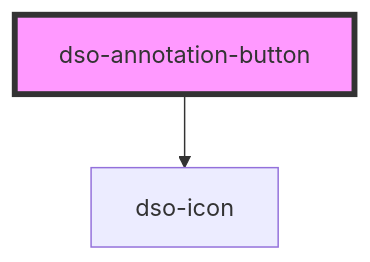
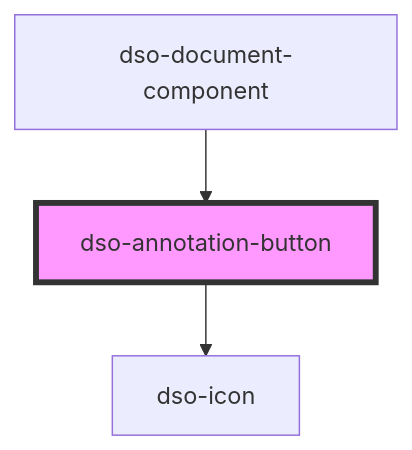
Before and after one commit to dso-toolkit/dso-toolkit: the diagram in packages/core/src/components/annotation-button/readme.md, drawn with Mermaid. The commit also changed other lines of this file and 53 other files, not shown here.

Commit message:
#2133 [Added] Nieuw component "Document Component".

````diff
--- a/packages/core/src/components/annotation-button/readme.md
+++ b/packages/core/src/components/annotation-button/readme.md
@@ -20,5 +32,6 @@
 ```mermaid
 graph TD;
   dso-annotation-button --> dso-icon
+  dso-document-component --> dso-annotation-button
   style dso-annotation-button fill:#f9f,stroke:#333,stroke-width:4px
 ```
````
